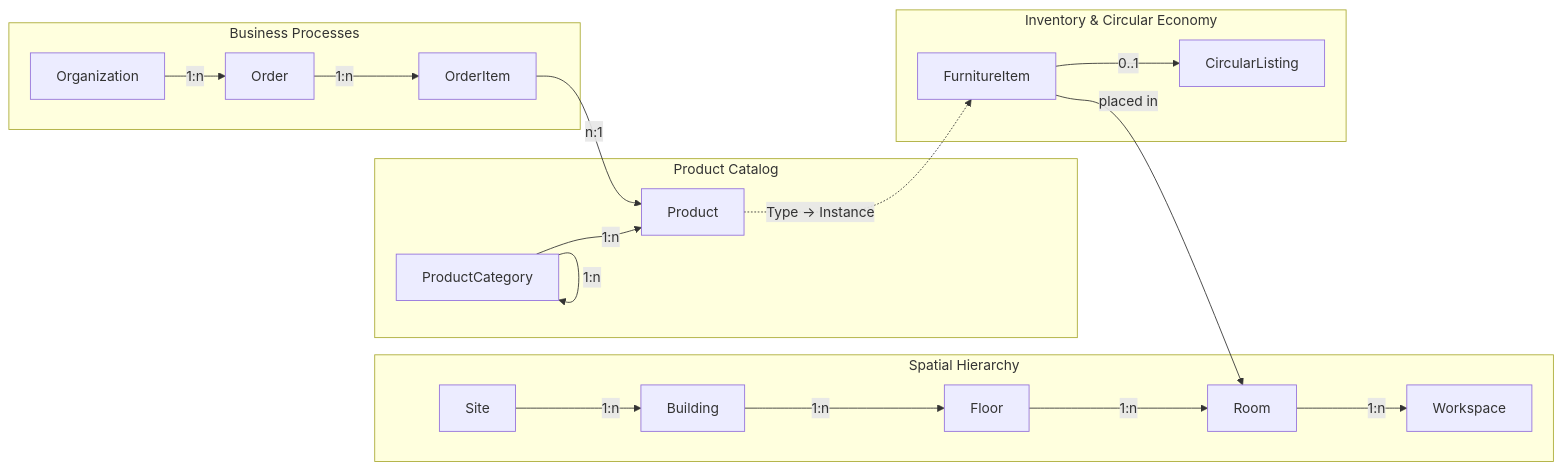
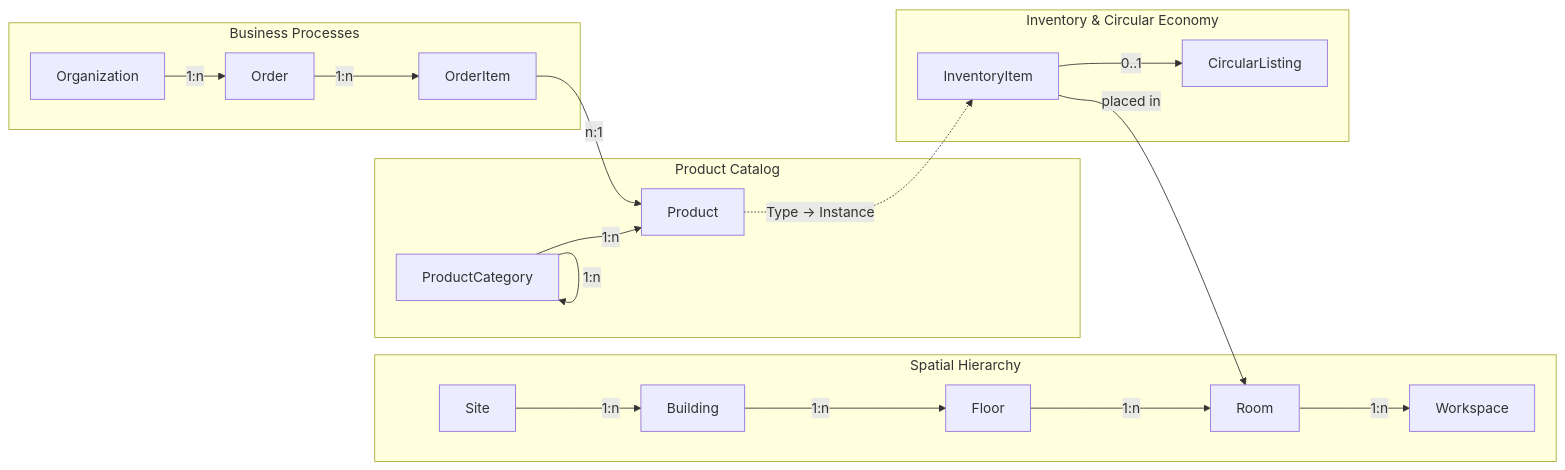
Before and after one commit to davras5/workspace-management: the first of 2 diagrams in docs/DATAMODEL.md, drawn with Mermaid. The commit also changed other lines of this file and 8 other files, not shown here.

````diff
--- a/docs/DATAMODEL.md
+++ b/docs/DATAMODEL.md
@@ -30,26 +33,26 @@
 ```mermaid
 graph LR
   subgraph Spatial Hierarchy
     Site -->|1:n| Building
     Building -->|1:n| Floor
     Floor -->|1:n| Room
     Room -->|1:n| Workspace
   end
 
   subgraph Product Catalog
     ProductCategory -->|1:n| ProductCategory
     ProductCategory -->|1:n| Product
   end
 
   subgraph Inventory & Circular Economy
-    Product -.->|Type → Instance| FurnitureItem
-    FurnitureItem -->|placed in| Room
-    FurnitureItem -->|0..1| CircularListing
+    Product -.->|Type → Instance| InventoryItem
+    InventoryItem -->|placed in| Room
+    InventoryItem -->|0..1| CircularListing
   end
 
   subgraph Business Processes
     Organization -->|1:n| Order
     Order -->|1:n| OrderItem
     OrderItem -->|n:1| Product
   end
 ```
````
